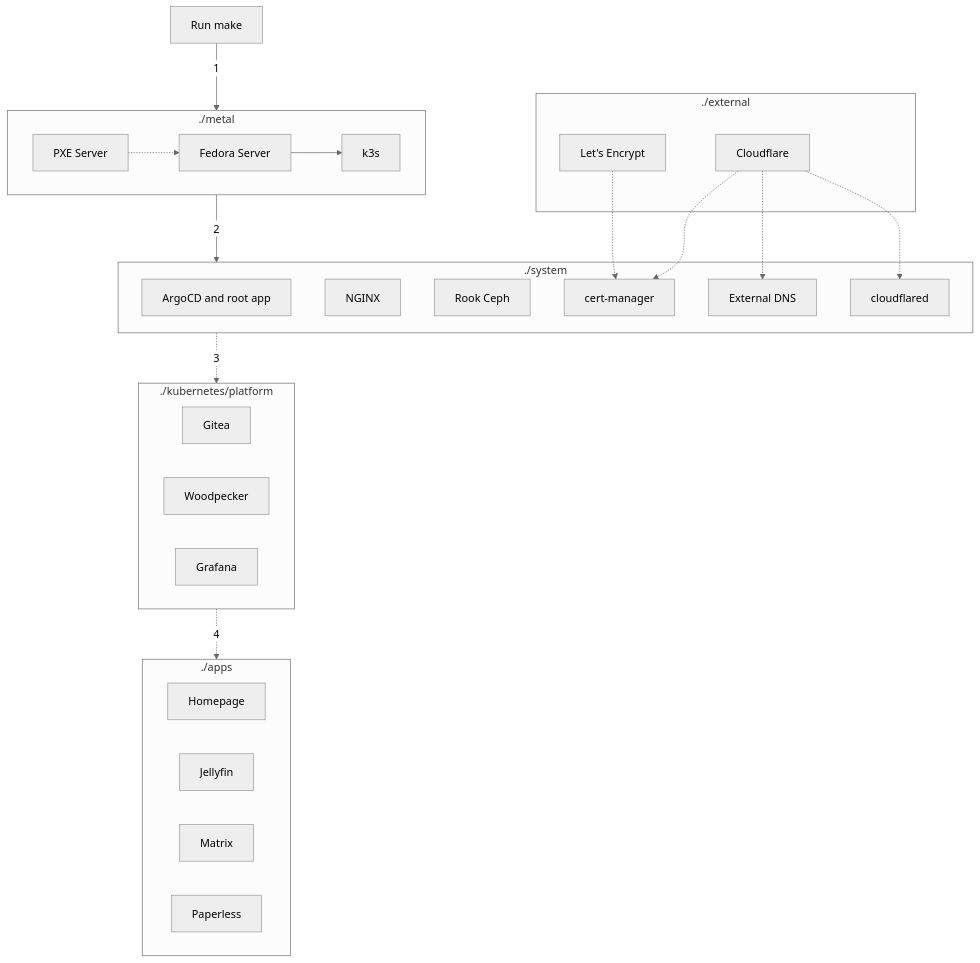
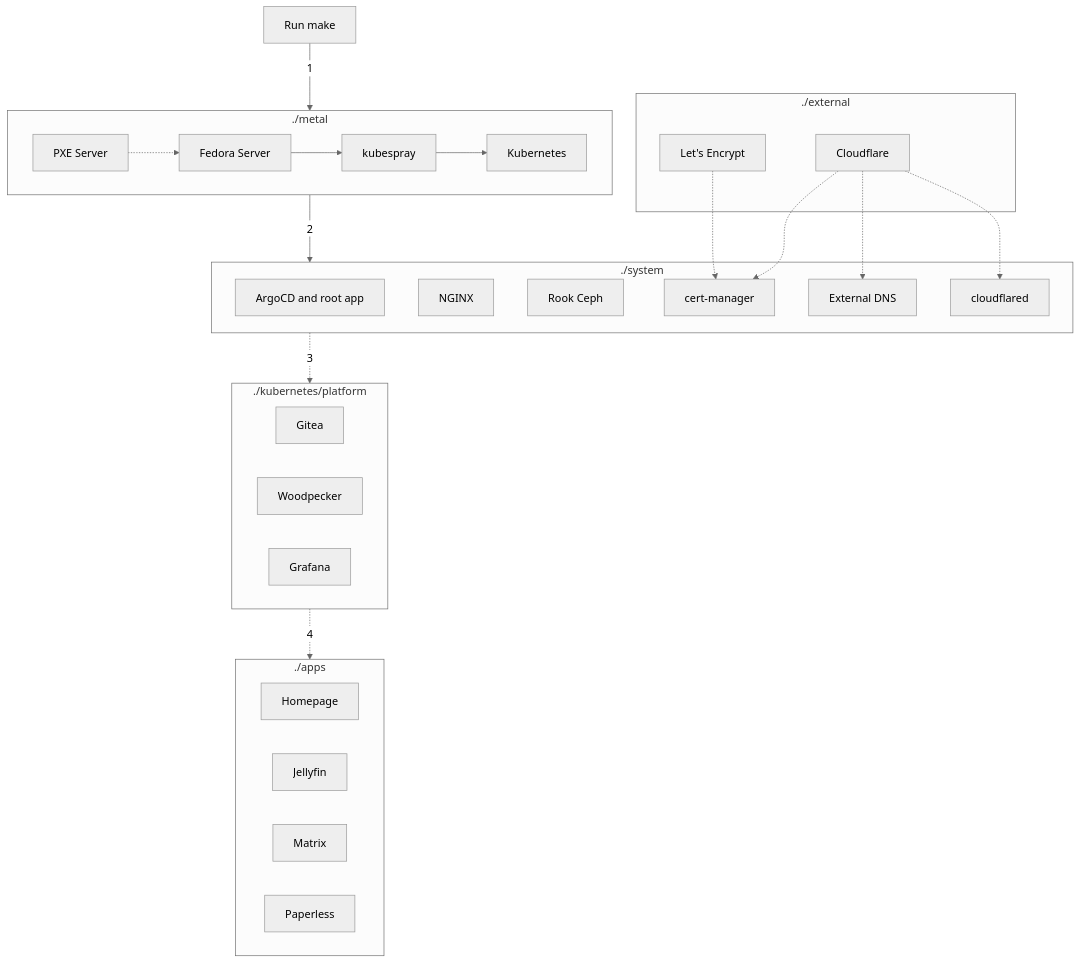
Before and after one commit to fullstackjam/k8s-gitops: the diagram in docs/reference/architecture/overview.md, drawn with Mermaid (neutral theme). The commit also changed other lines of this file and 3 other files, not shown here.

Commit message:
chore: Refine documentation for installation and architecture: correct typos, update license references, and clarify Kubernetes provisioning decisions.

````diff
--- a/docs/reference/architecture/overview.md
+++ b/docs/reference/architecture/overview.md
@@ -47,40 +47,40 @@
 ```mermaid
 flowchart TD
   subgraph metal[./metal]
-    pxe[PXE Server] -.-> linux[Fedora Server] --> k3s
+    pxe[PXE Server] -.-> linux[Fedora Server] --> kubespray[kubespray] --> k8s[Kubernetes]
   end
 
   subgraph system[./system]
     argocd[ArgoCD and root app]
     nginx[NGINX]
     rook-ceph[Rook Ceph]
     cert-manager
     external-dns[External DNS]
     cloudflared
   end
 
   subgraph external[./external]
     letsencrypt[Let's Encrypt]
     cloudflare[Cloudflare]
   end
 
   letsencrypt -.-> cert-manager
   cloudflare -.-> cert-manager
   cloudflare -.-> external-dns
   cloudflare -.-> cloudflared
 
   subgraph platform[./kubernetes/platform]
     Gitea
     Woodpecker
     Grafana
   end
 
   subgraph apps[./apps]
     homepage[Homepage]
     jellyfin[Jellyfin]
     matrix[Matrix]
     paperless[Paperless]
   end
 
   make[Run make] -- 1 --> metal -- 2 --> system -. 3 .-> platform -. 4 .-> apps
 ```
````
